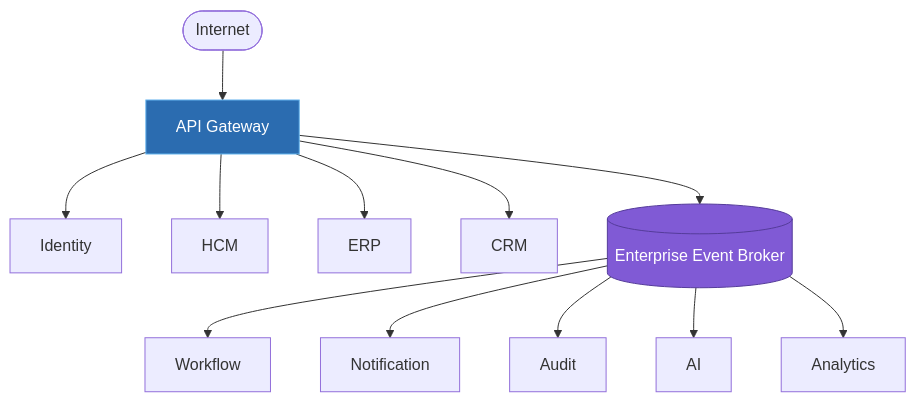
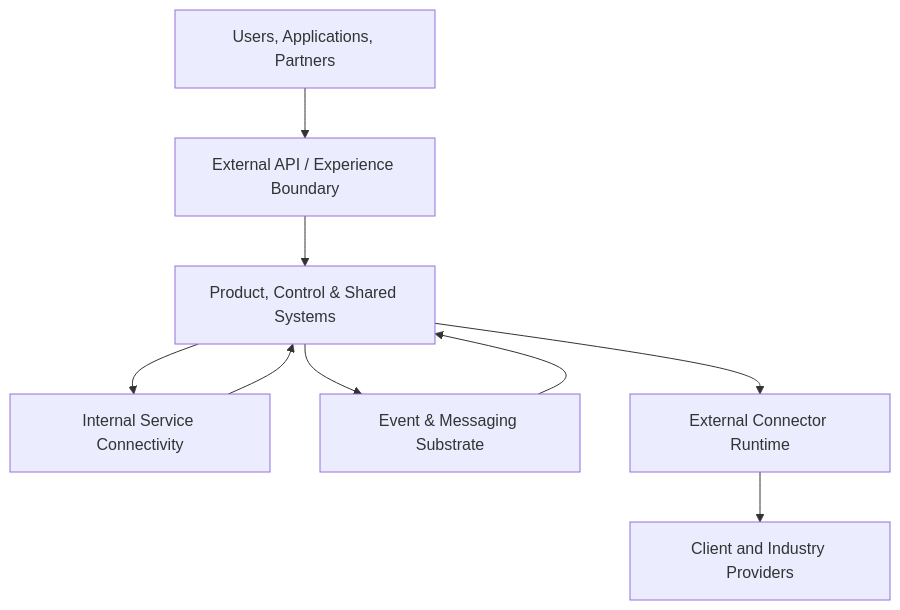
One commit to anshacerbia2/scnehaux-architecture changed the second of 2 diagrams in 01-enterprise/EAD-004-enterprise-integration-architecture.md. Above: the diagram before and after it, drawn with Mermaid. The commit also changed other lines of this file and 5 other files, not shown here.

First line of the commit message:
feat(enterprise): rewrite EAD v2 for operations-first architecture

````diff
--- a/01-enterprise/EAD-004-enterprise-integration-architecture.md
+++ b/01-enterprise/EAD-004-enterprise-integration-architecture.md
@@ -204,18 +215,19 @@
 ```mermaid
-graph TD
-    Internet([Internet]) --> GW[API Gateway]
-    GW --> IAM[Identity]
-    GW --> HCM
-    GW --> ERP
-    GW --> CRM
-    GW --> Broker[(Enterprise Event Broker)]
+graph TB
+    CONSUMERS[Users, Applications, Partners]
+    EDGE[External API / Experience Boundary]
+    INTERNAL[Internal Service Connectivity]
+    BROKER[Event & Messaging Substrate]
+    CONNECTORS[External Connector Runtime]
+    SYSTEMS[Product, Control & Shared Systems]
+    PROVIDERS[Client and Industry Providers]
 
-    Broker --> WF[Workflow]
-    Broker --> NOTIF[Notification]
-    Broker --> AUDIT[Audit]
-    Broker --> AI[AI]
-    Broker --> ANALYTICS[Analytics]
-
-    style GW fill:#2b6cb0,stroke:#63b3ed,color:#fff
-    style Broker fill:#805ad5,stroke:#553c9a,color:#fff
+    CONSUMERS --> EDGE
+    EDGE --> SYSTEMS
+    SYSTEMS --> INTERNAL
+    INTERNAL --> SYSTEMS
+    SYSTEMS --> BROKER
+    BROKER --> SYSTEMS
+    SYSTEMS --> CONNECTORS
+    CONNECTORS --> PROVIDERS
 ```
````
